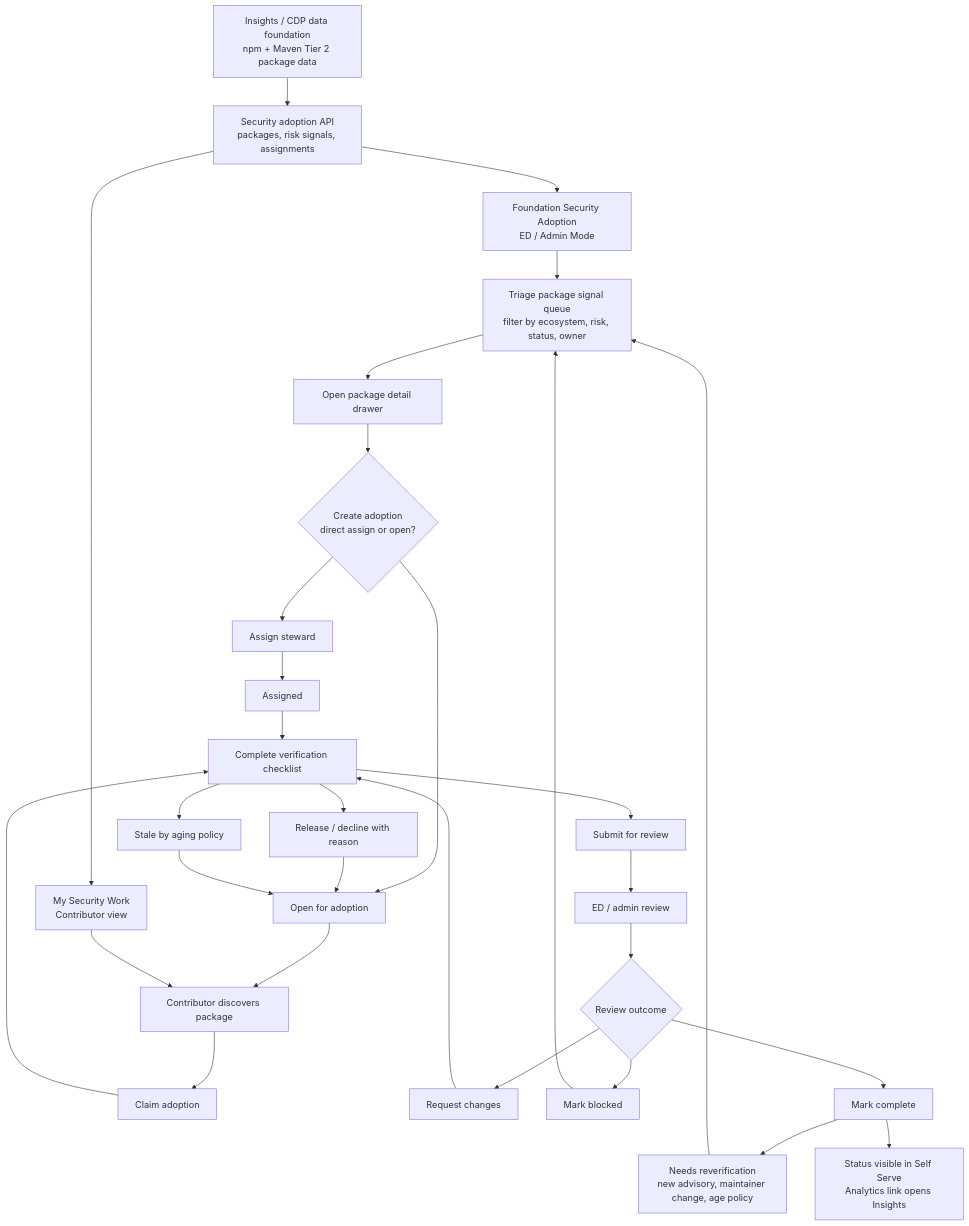
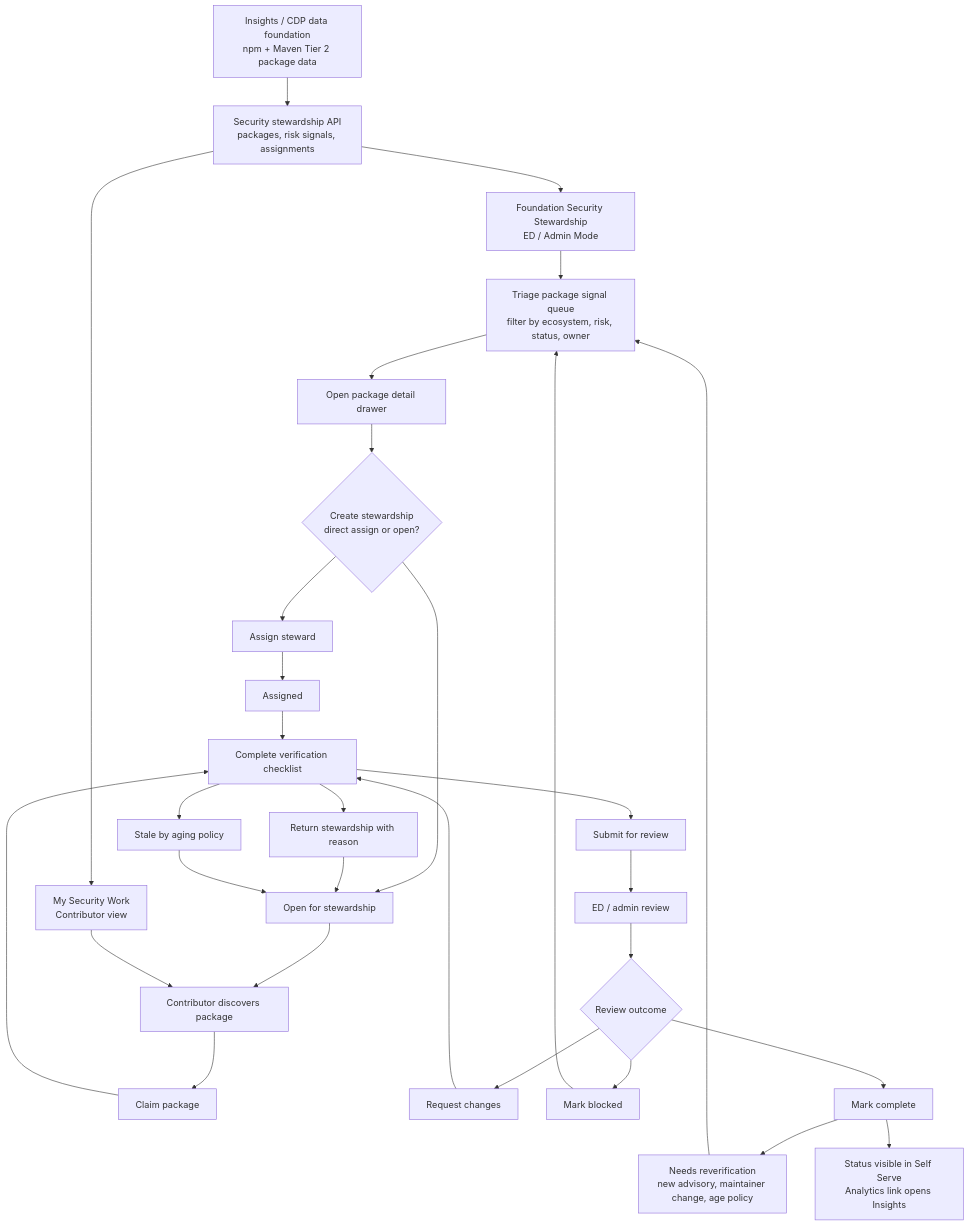
Before and after one commit to linuxfoundation/lfx-v2-ui: the first of 2 diagrams in docs/security-project-adoption.md, drawn with Mermaid. The commit also changed other lines of this file, not shown here.

First line of the commit message:
docs(security): review feedback on stewardship spec

````diff
--- a/docs/security-project-adoption.md
+++ b/docs/security-project-adoption.md
@@ -35,36 +35,36 @@
 ```mermaid
 flowchart TD
-  source["Insights / CDP data foundation<br/>npm + Maven Tier 2 package data"] --> sync["Security adoption API<br/>packages, risk signals, assignments"]
-  sync --> admin["Foundation Security Adoption<br/>ED / Admin Mode"]
+  source["Insights / CDP data foundation<br/>npm + Maven Tier 2 package data"] --> sync["Security stewardship API<br/>packages, risk signals, assignments"]
+  sync --> admin["Foundation Security Stewardship<br/>ED / Admin Mode"]
   sync --> me["My Security Work<br/>Contributor view"]
 
   admin --> triage["Triage package signal queue<br/>filter by ecosystem, risk, status, owner"]
   triage --> detail["Open package detail drawer"]
-  detail --> assign{"Create adoption<br/>direct assign or open?"}
+  detail --> assign{"Create stewardship<br/>direct assign or open?"}
   assign --> direct["Assign steward"]
-  assign --> open["Open for adoption"]
+  assign --> open["Open for stewardship"]
 
   direct --> assigned["Assigned"]
   open --> discover["Contributor discovers package"]
   me --> discover
-  discover --> adopt["Claim adoption"]
-  adopt --> checklist["Complete verification checklist"]
+  discover --> claim["Claim package"]
+  claim --> checklist["Complete verification checklist"]
   checklist --> submit["Submit for review"]
 
   assigned --> checklist
   submit --> review["ED / admin review"]
   review --> changes{"Review outcome"}
   changes --> request["Request changes"]
   request --> checklist
   changes --> blocked["Mark blocked"]
   changes --> complete["Mark complete"]
 
-  checklist --> release["Release / decline with reason"]
-  release --> open
+  checklist --> return["Return stewardship with reason"]
+  return --> open
   checklist --> stale["Stale by aging policy"]
   stale --> open
   blocked --> triage
   complete --> reverify["Needs reverification<br/>new advisory, maintainer change, age policy"]
   reverify --> triage
   complete --> insights["Status visible in Self Serve<br/>Analytics link opens Insights"]
 ```
````
